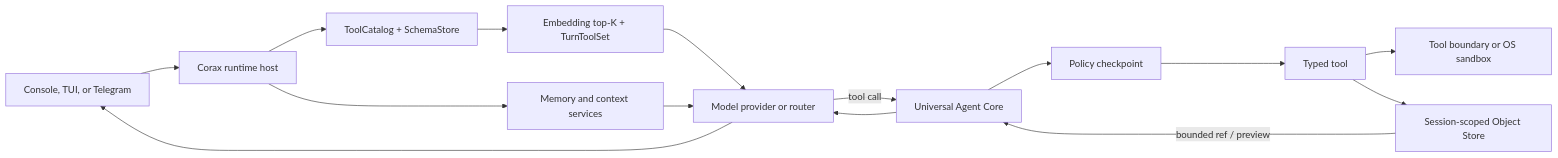
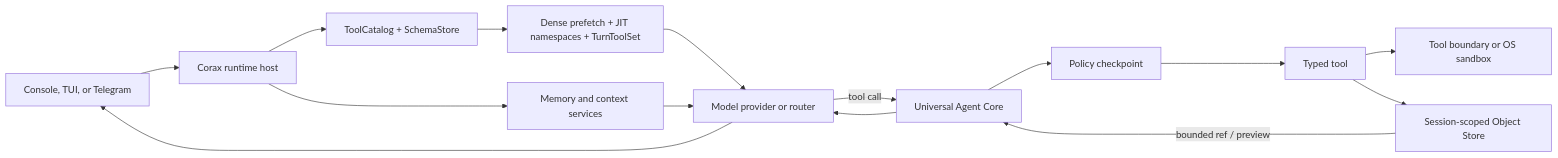
The diagram in README.md (Alex12571333/corax-agent), drawn with Mermaid before and after one commit. The commit also changed other lines of this file and 3 other files, not shown here.

````diff
--- a/README.md
+++ b/README.md
@@ -422,17 +426,17 @@
 ```mermaid
 flowchart LR
     Channel["Console, TUI, or Telegram"] --> Host["Corax runtime host"]
     Host --> Catalog["ToolCatalog + SchemaStore"]
-    Catalog --> Embed["Embedding top-K + TurnToolSet"]
+    Catalog --> Embed["Dense prefetch + JIT namespaces + TurnToolSet"]
     Embed --> Model
     Host --> Memory["Memory and context services"]
     Memory --> Model["Model provider or router"]
     Model -->|tool call| Core["Universal Agent Core"]
     Core --> Policy["Policy checkpoint"]
     Policy --> Tool["Typed tool"]
     Tool --> Sandbox["Tool boundary or OS sandbox"]
     Tool --> Objects["Session-scoped Object Store"]
     Objects -->|"bounded ref / preview"| Core
     Core --> Model
     Model --> Channel
 ```
````
